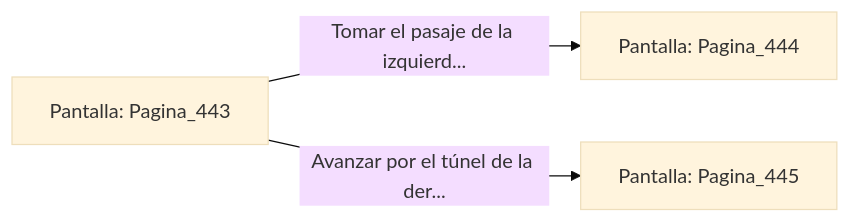
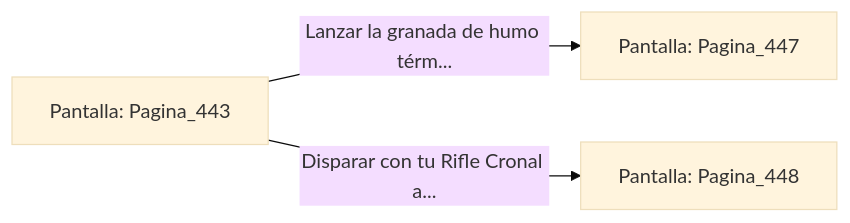
One commit to metsuke/mpl changed the diagram in sample/eligejuego-vault/Pantalla_Pagina_443.md. Above: the diagram before and after it, drawn with Mermaid (base theme). The commit also changed other lines of this file and 635 other files, not shown here.

First line of the commit message:
fix: añadir Pagina_1 como pantalla inicial en capitulo_01.mpl

````diff
--- a/sample/eligejuego-vault/Pantalla_Pagina_443.md
+++ b/sample/eligejuego-vault/Pantalla_Pagina_443.md
@@ -20,6 +24,6 @@
 ```mermaid
 graph LR
     P_Pagina_443["Pantalla: Pagina_443"]
-    P_Pagina_443 -->|"Tomar el pasaje de la izquierd..."| P_Pagina_444["Pantalla: Pagina_444"]
-    P_Pagina_443 -->|"Avanzar por el túnel de la der..."| P_Pagina_445["Pantalla: Pagina_445"]
+    P_Pagina_443 -->|"Lanzar la granada de humo térm..."| P_Pagina_447["Pantalla: Pagina_447"]
+    P_Pagina_443 -->|"Disparar con tu Rifle Cronal a..."| P_Pagina_448["Pantalla: Pagina_448"]
 ```
````
